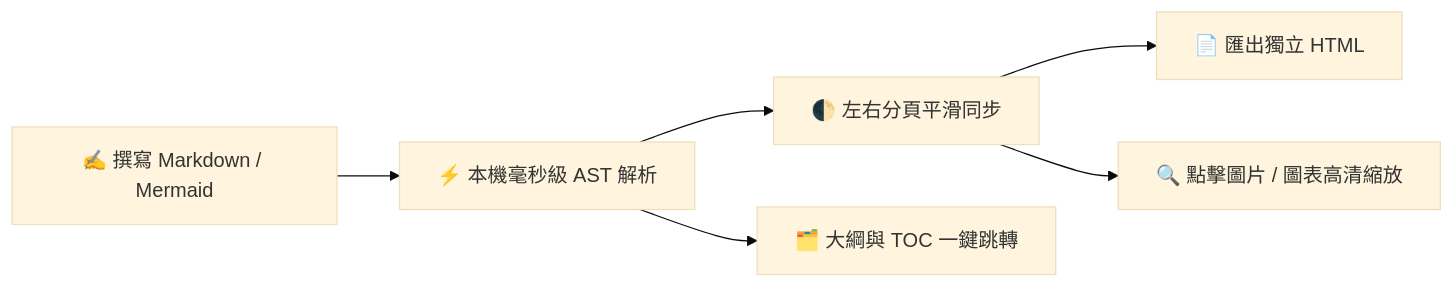
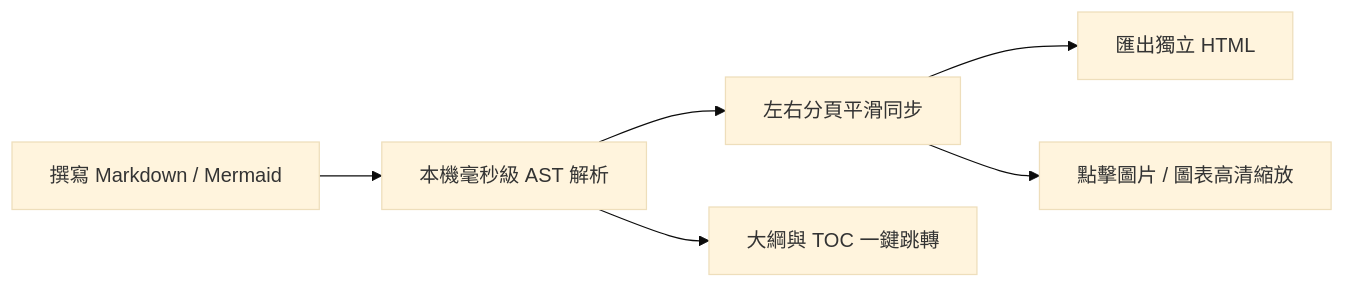
The diagram in crates/zmark_app/assets/welcome/zh-TW.md (2716190547/zmark), drawn with Mermaid (base theme) before and after one commit. The commit also changed other lines of this file and 9 other files, not shown here.

````diff
--- a/crates/zmark_app/assets/welcome/zh-TW.md
+++ b/crates/zmark_app/assets/welcome/zh-TW.md
@@ -84,8 +84,8 @@
 ```mermaid
 flowchart LR
-    Write["✍️ 撰寫 Markdown / Mermaid"] --> Parse["⚡️ 本機毫秒級 AST 解析"]
-    Parse --> Split["🌓 左右分頁平滑同步"]
-    Parse --> Outline["🗂️ 大綱與 TOC 一鍵跳轉"]
-    Split --> Export["📄 匯出獨立 HTML"]
-    Split --> Lightbox["🔍 點擊圖片 / 圖表高清縮放"]
+    Write["撰寫 Markdown / Mermaid"] --> Parse["本機毫秒級 AST 解析"]
+    Parse --> Split["左右分頁平滑同步"]
+    Parse --> Outline["大綱與 TOC 一鍵跳轉"]
+    Split --> Export["匯出獨立 HTML"]
+    Split --> Lightbox["點擊圖片 / 圖表高清縮放"]
 ```
````
